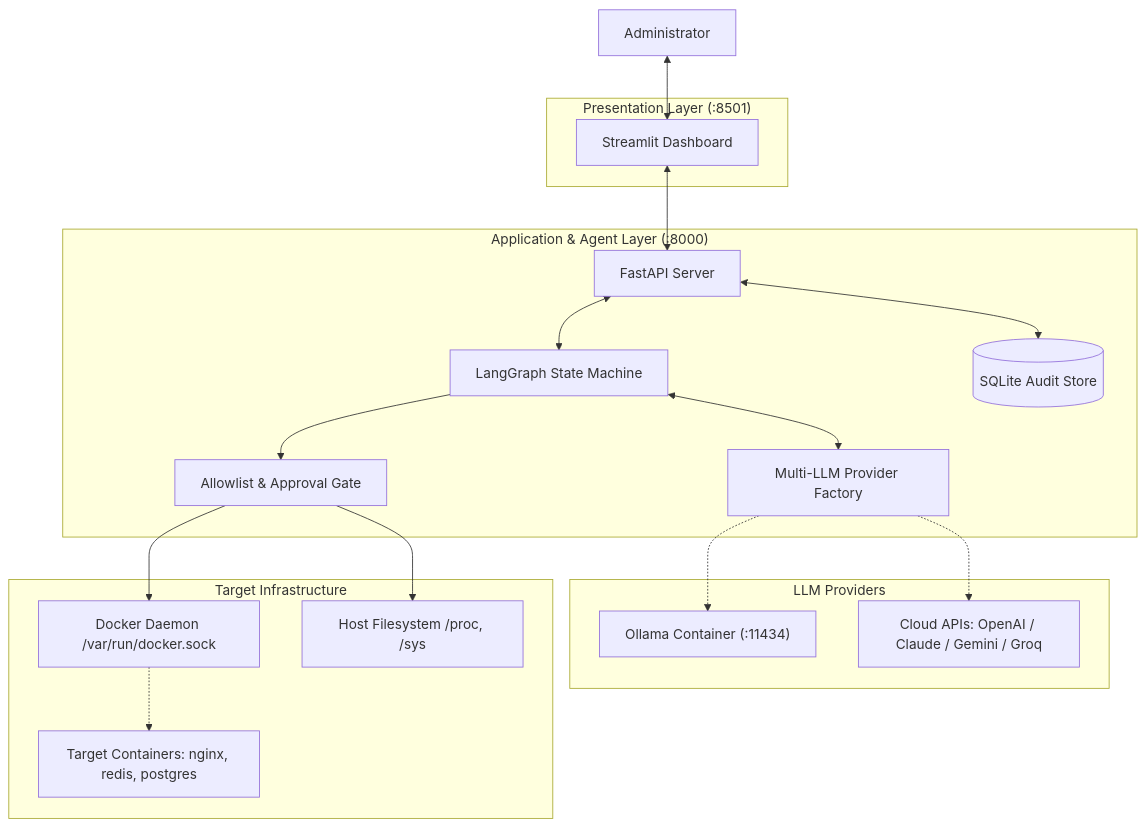
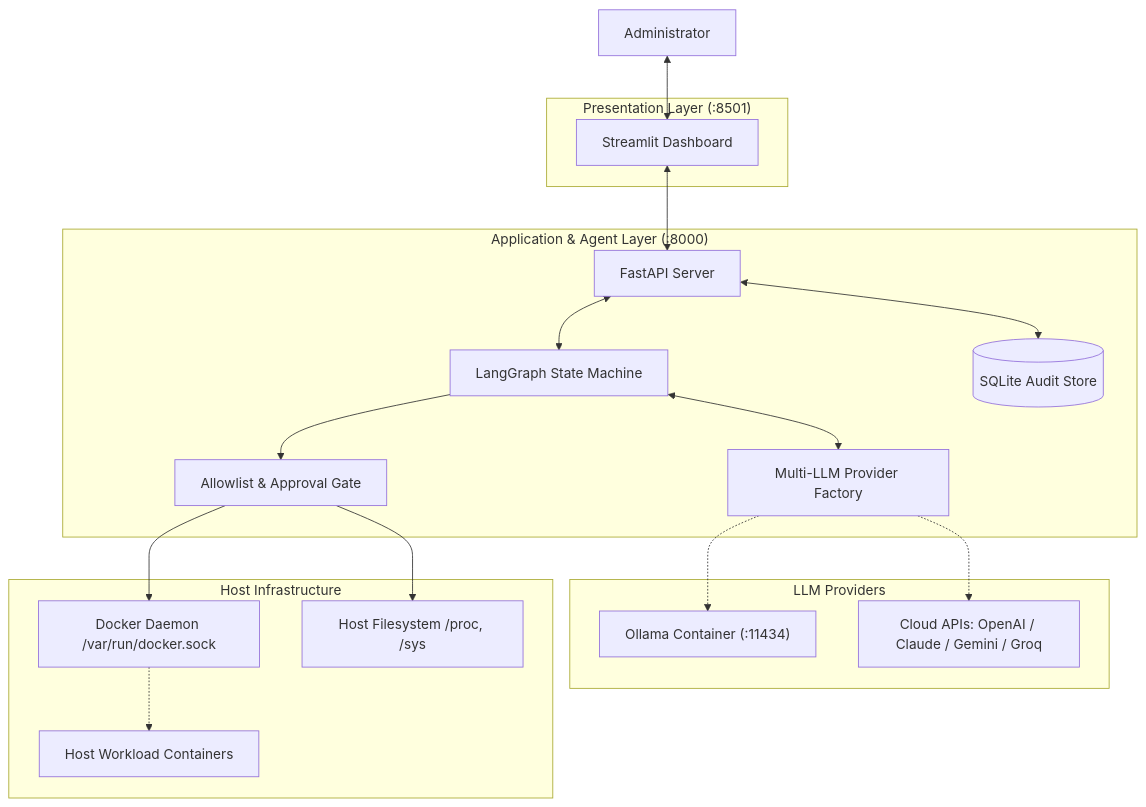
Before and after one commit to awenmirasol234/sysadmin-ai-agent: the diagram in README.md, drawn with Mermaid. The commit also changed other lines of this file and 8 other files, not shown here.

Commit message:
refactor: remove demo sandbox targets and transition to production architecture

````diff
--- a/README.md
+++ b/README.md
@@ -23,39 +24,39 @@
 ```mermaid
 flowchart TB
     ADMIN[Administrator]
 
     subgraph PRESENTATION["Presentation Layer (:8501)"]
         UI[Streamlit Dashboard]
     end
 
     subgraph BACKEND["Application & Agent Layer (:8000)"]
         API[FastAPI Server]
         GRAPH[LangGraph State Machine]
         FACTORY[Multi-LLM Provider Factory]
         SECURITY[Allowlist & Approval Gate]
         DB[(SQLite Audit Store)]
     end
 
     subgraph LLM_PROVIDERS["LLM Providers"]
         LOCAL_LLM["Ollama Container (:11434)"]
         CLOUD_LLM["Cloud APIs: OpenAI / Claude / Gemini / Groq"]
     end
 
-    subgraph INFRA["Target Infrastructure"]
+    subgraph INFRA["Host Infrastructure"]
         DOCKER[Docker Daemon /var/run/docker.sock]
         HOST[Host Filesystem /proc, /sys]
-        TARGETS[Target Containers: nginx, redis, postgres]
+        WORKLOADS[Host Workload Containers]
     end
 
     ADMIN <--> UI
     UI <--> API
     API <--> GRAPH
     GRAPH <--> FACTORY
     FACTORY -.-> LOCAL_LLM
     FACTORY -.-> CLOUD_LLM
     GRAPH --> SECURITY
     SECURITY --> DOCKER
     SECURITY --> HOST
-    DOCKER -.-> TARGETS
+    DOCKER -.-> WORKLOADS
     API <--> DB
 ```
````
